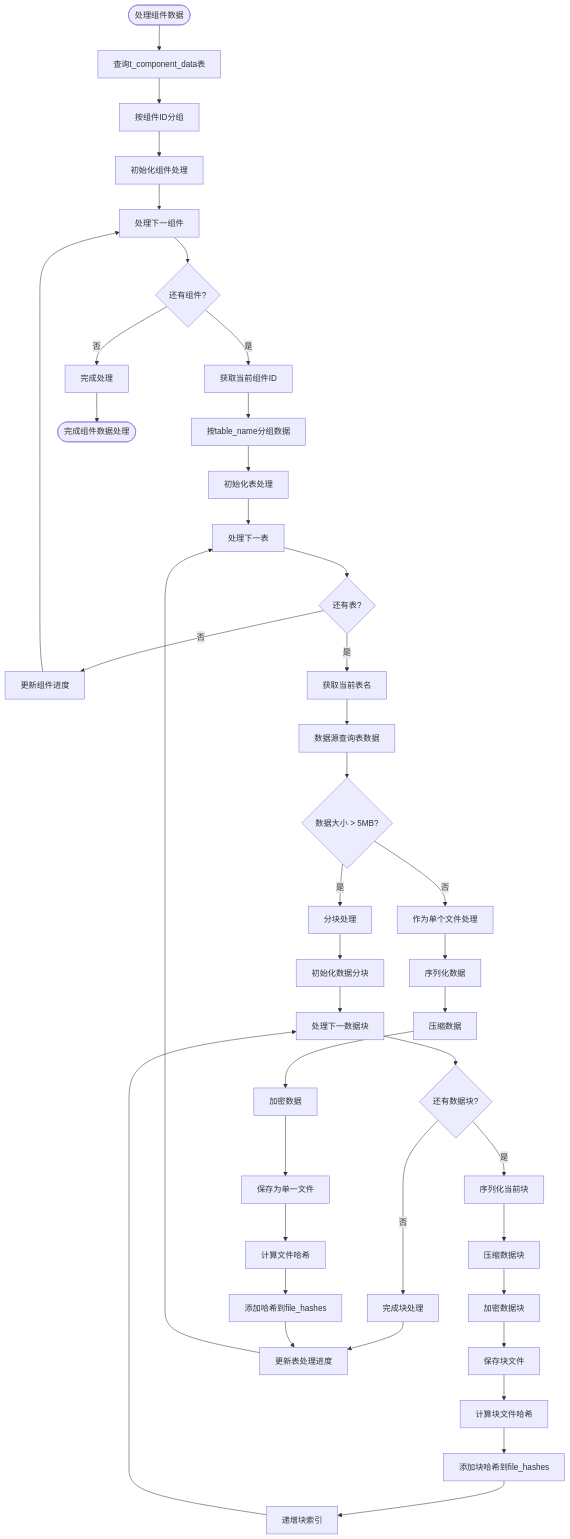
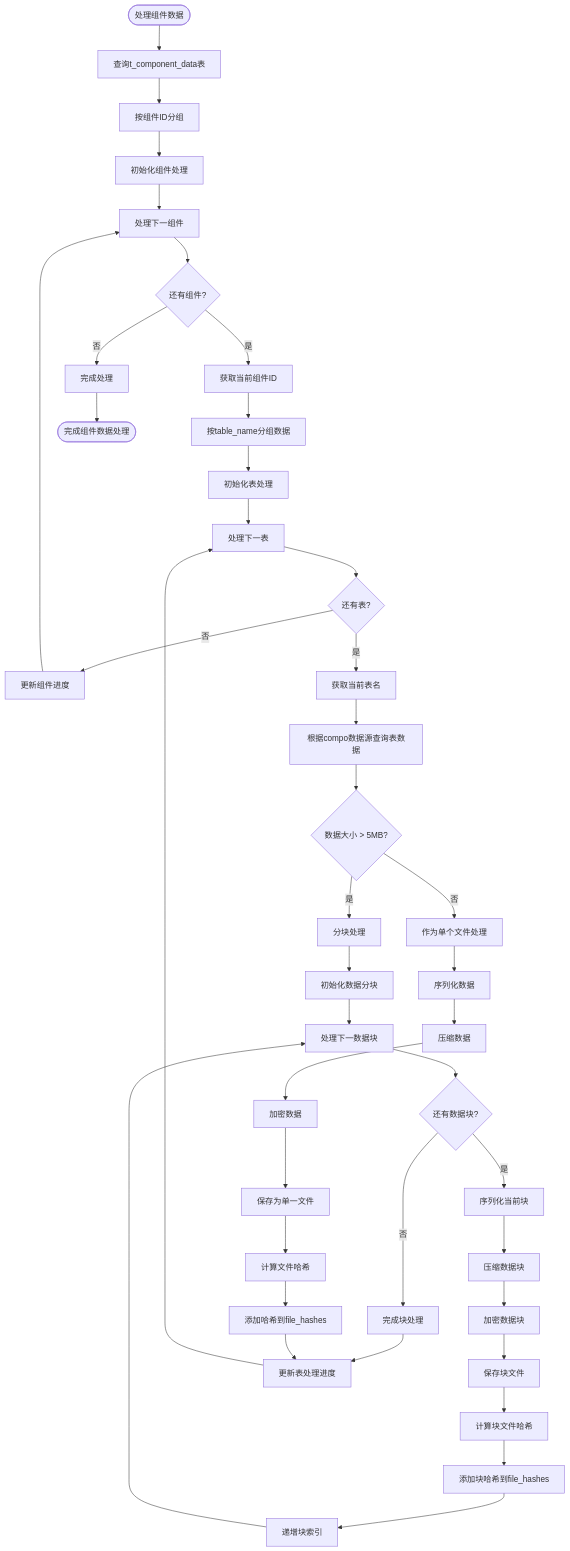
One commit to yingjianzh/iodraw-files changed the diagram in all/未命名-53.md. Above: the diagram before and after it, drawn with Mermaid.

Commit message:
2025-05-09 15:43:18 update

````diff
--- a/all/未命名-53.md
+++ b/all/未命名-53.md
@@ -1,59 +1,59 @@
 ```mermaid
 
 flowchart TD
     Start([处理组件数据]) --> QueryDB[查询t_component_data表]
     QueryDB --> GroupByComp[按组件ID分组]
     GroupByComp --> InitCompProcess[初始化组件处理]
     
     InitCompProcess --> ProcessNextComp[处理下一组件]
     ProcessNextComp --> MoreComps{还有组件?}
     MoreComps -->|否| CompleteProcess[完成处理]
     MoreComps -->|是| GetCompID[获取当前组件ID]
     
     GetCompID --> GroupByTable[按table_name分组数据]
     GroupByTable --> InitTableProcess[初始化表处理]
     
     InitTableProcess --> ProcessNextTable[处理下一表]
     ProcessNextTable --> MoreTables{还有表?}
     MoreTables -->|否| UpdateCompProgress[更新组件进度]
     MoreTables -->|是| GetTableName[获取当前表名]
     
     UpdateCompProgress --> ProcessNextComp
     
-    GetTableName --> QueryTableData[数据源查询表数据]
+    GetTableName --> QueryTableData[根据compo数据源查询表数据]
     QueryTableData --> DataSize{数据大小 > 5MB?}
     
     DataSize -->|否| ProcessSingleFile[作为单个文件处理]
     DataSize -->|是| ProcessMultipleChunks[分块处理]
     
     ProcessSingleFile --> SerializeData[序列化数据]
     SerializeData --> CompressData[压缩数据]
     CompressData --> EncryptData[加密数据]
     EncryptData --> SaveSingleFile[保存为单一文件]
     SaveSingleFile --> CalcFileHash[计算文件哈希]
     CalcFileHash --> AddToFileHashes[添加哈希到file_hashes]
     
 
 
     ProcessMultipleChunks --> InitChunks[初始化数据分块]
     InitChunks --> ProcessNextChunk[处理下一数据块]
     
     ProcessNextChunk --> MoreChunks{还有数据块?}
     MoreChunks -->|否| CompleteChunks[完成块处理]
     MoreChunks -->|是| SerializeChunk[序列化当前块]
     
     SerializeChunk --> CompressChunk[压缩数据块]
     CompressChunk --> EncryptChunk[加密数据块]
     EncryptChunk --> SaveChunkFile[保存块文件]
     SaveChunkFile --> CalcChunkHash[计算块文件哈希]
     CalcChunkHash --> AddChunkHash[添加块哈希到file_hashes]
     AddChunkHash --> IncrementChunkIndex[递增块索引]
     IncrementChunkIndex --> ProcessNextChunk
     
     CompleteChunks --> UpdateTableProgress[更新表处理进度]
     AddToFileHashes --> UpdateTableProgress
     UpdateTableProgress --> ProcessNextTable
     
     CompleteProcess --> End([完成组件数据处理])
 
 ```
````
